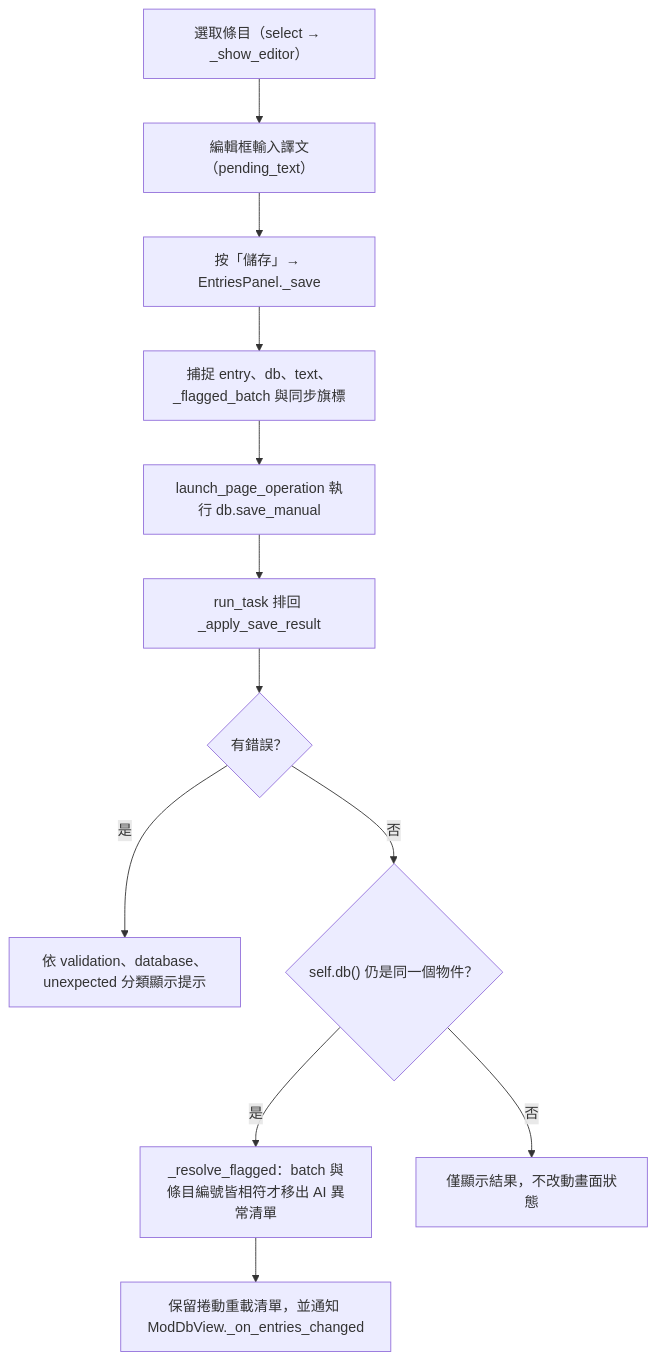
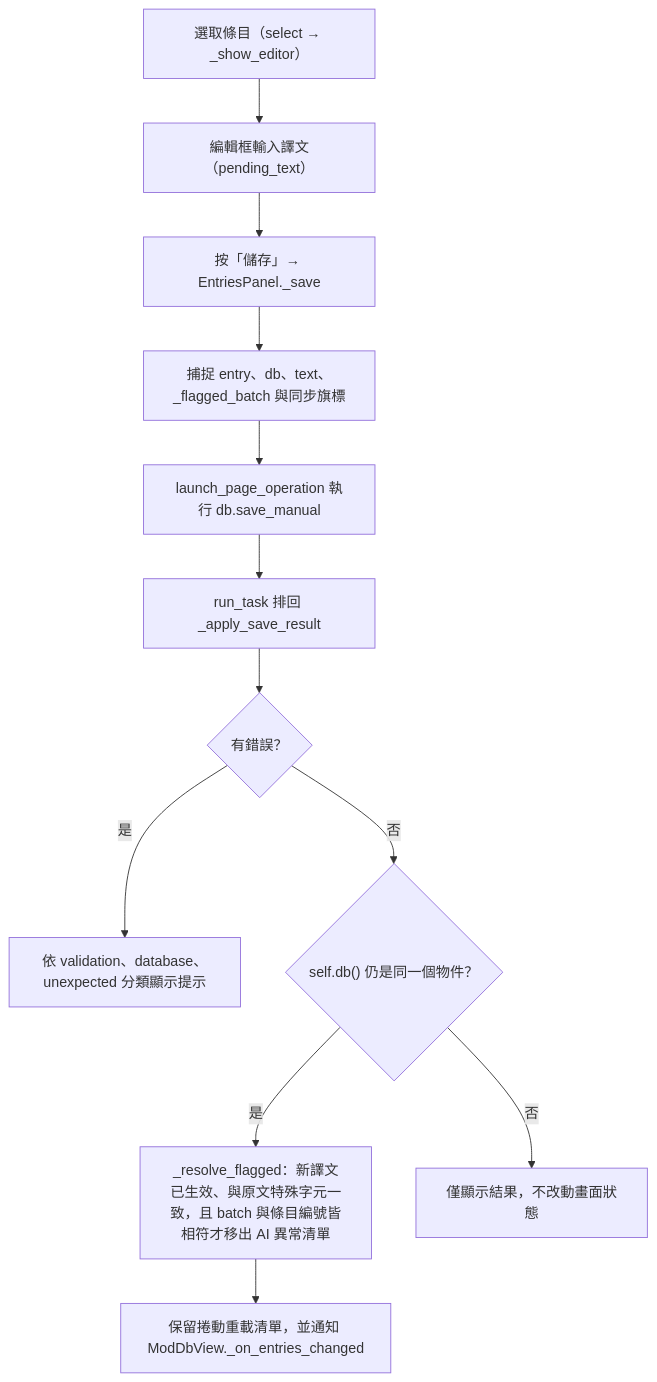
One commit to jlin53882/Minecraft-translate changed the third of 7 diagrams in docs/page_flows/moddb.md. Above: the diagram before and after it, drawn with Mermaid. The commit also changed other lines of this file and 79 other files, not shown here.

First line of the commit message:
feat(moddb): 依內容辨識手冊與指南、資料清理、審核狀態獨立於生效來源（schema v6）（疊在 #197 #198 #199 之上） (#200)

````diff
--- a/docs/page_flows/moddb.md
+++ b/docs/page_flows/moddb.md
@@ -62,14 +62,14 @@
 ```mermaid
 flowchart TD
     A["選取條目（select → _show_editor）"] --> B["編輯框輸入譯文（pending_text）"]
     B --> C["按「儲存」→ EntriesPanel._save"]
     C --> D["捕捉 entry、db、text、_flagged_batch 與同步旗標"]
     D --> E["launch_page_operation 執行 db.save_manual"]
     E --> F["run_task 排回 _apply_save_result"]
     F --> G{"有錯誤？"}
     G -- 是 --> H["依 validation、database、unexpected 分類顯示提示"]
     G -- 否 --> I{"self.db() 仍是同一個物件？"}
-    I -- 是 --> J["_resolve_flagged：batch 與條目編號皆相符才移出 AI 異常清單"]
+    I -- 是 --> J["_resolve_flagged：新譯文已生效、與原文特殊字元一致，且 batch 與條目編號皆相符才移出 AI 異常清單"]
     J --> K["保留捲動重載清單，並通知 ModDbView._on_entries_changed"]
     I -- 否 --> L["僅顯示結果，不改動畫面狀態"]
 ```
````
